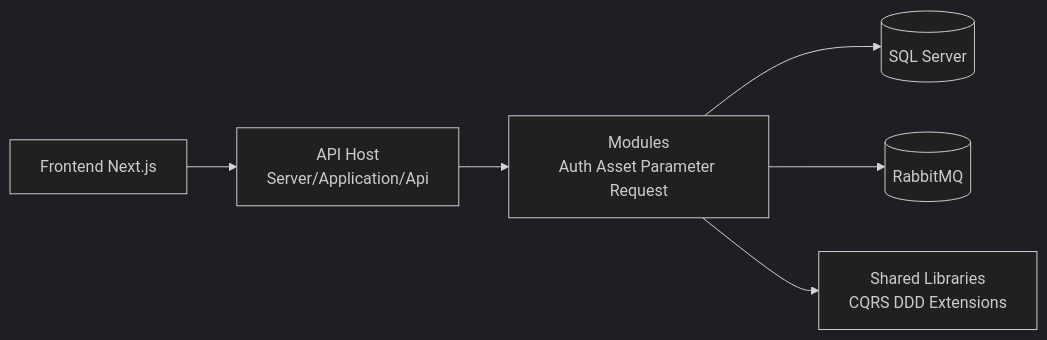
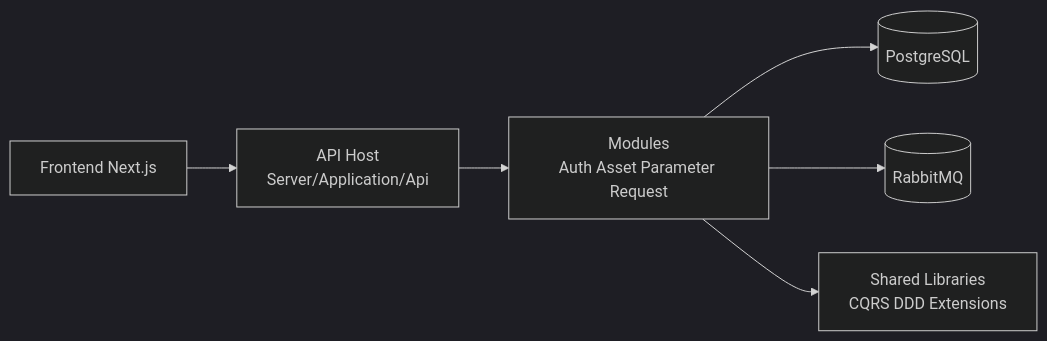
The first of 3 diagrams in README.md (Sinyonar0623/Asset-Management-System), drawn with Mermaid (dark theme) before and after one commit. The commit also changed other lines of this file and 43 other files, not shown here.

First line of the commit message:
Refactor database migration and model configurations to support PostgreSQL

````diff
--- a/README.md
+++ b/README.md
@@ -56,8 +56,8 @@
 ```mermaid
 flowchart LR
     U[Frontend Next.js] --> API[API Host<br/>Server/Application/Api]
     API --> MOD[Modules<br/>Auth Asset Parameter Request]
-    MOD --> DB[(SQL Server)]
+    MOD --> DB[(PostgreSQL)]
     MOD --> MQ[(RabbitMQ)]
     MOD --> SH[Shared Libraries<br/>CQRS DDD Extensions]
 ```
````
